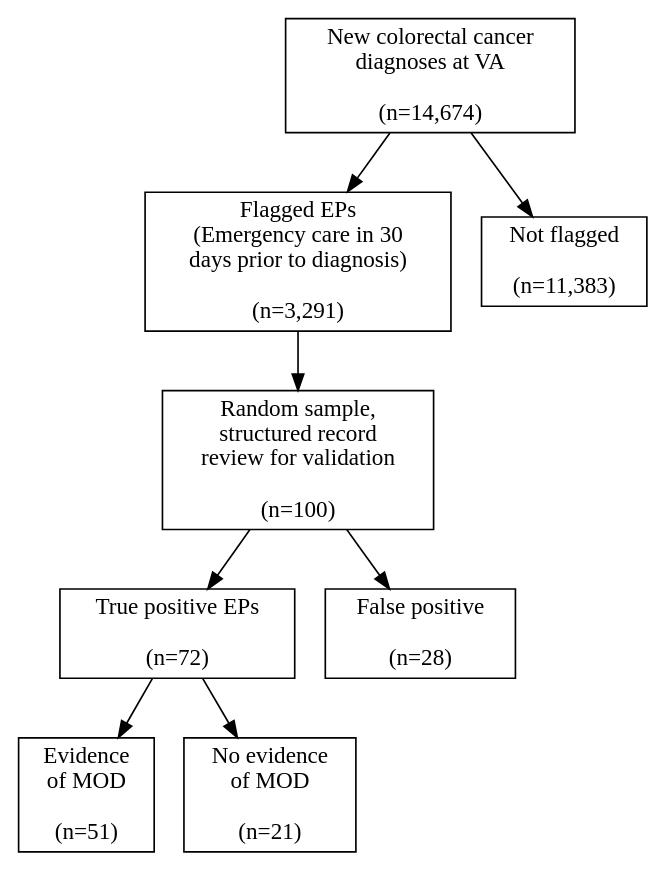
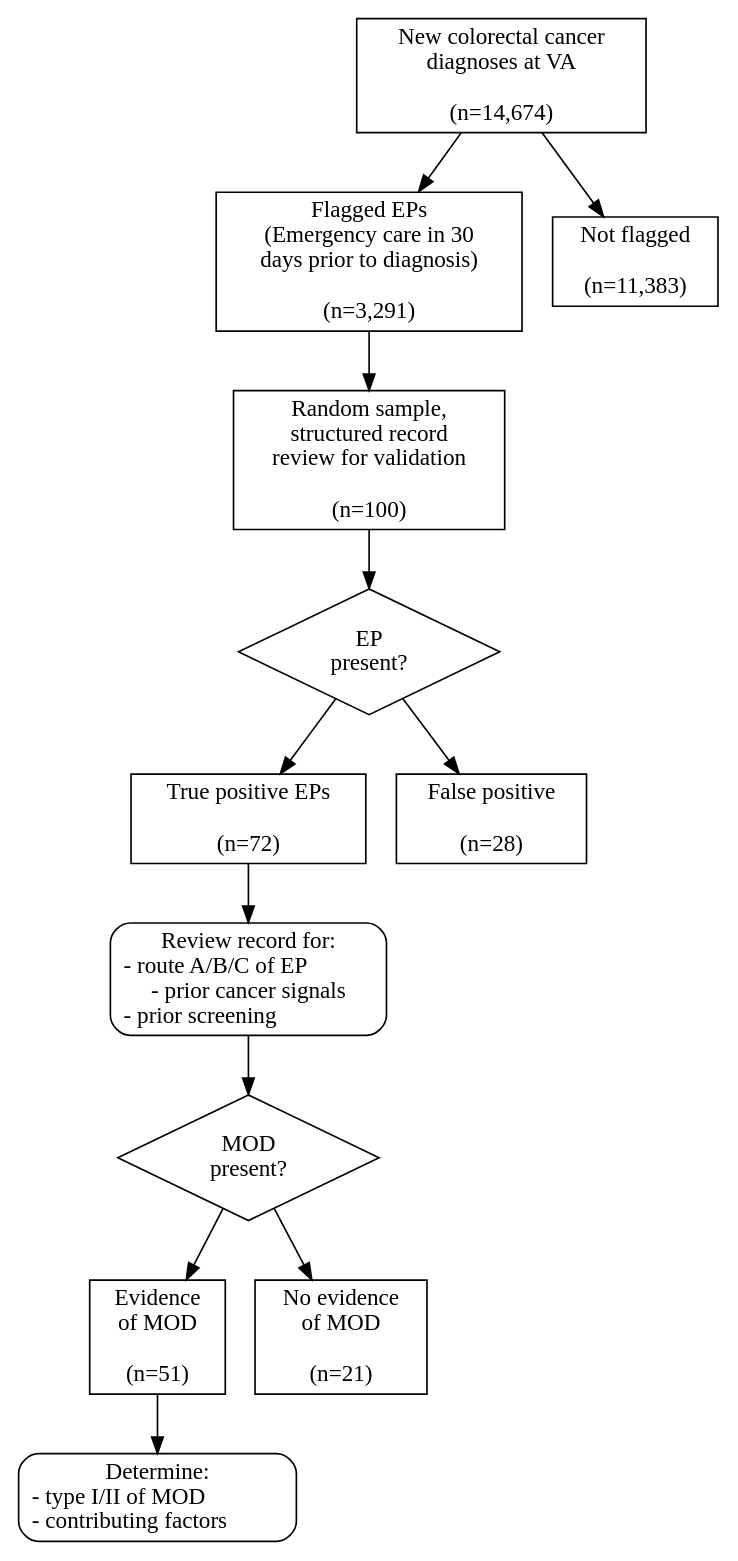
One commit to zimolzak/MooreMeasures changed the diagram in consort.dot. Above: the diagram before and after it, drawn with Graphviz.

Commit message:
Added rounded nodes. Roll back 1 if too busy.

```diff
--- a/consort.dot
+++ b/consort.dot
@@ -1,25 +1,38 @@
 digraph{
 
 cancer_dx[shape=rectangle, label="New colorectal cancer\ndiagnoses at VA\n\n(n=14,674)"]
 emerg[shape=rectangle, label="Flagged EPs\n(Emergency care in 30\ndays prior to diagnosis)\n\n(n=3,291)"]
 no_emerg[shape=rectangle, label="Not flagged\n\n(n=11,383)"]
 
 cancer_dx -> emerg
 cancer_dx -> no_emerg
 
 review_sample[shape=rectangle, label="Random sample,\nstructured record\nreview for validation\n\n(n=100)"]
 
-emerg -> review_sample
+ep_present[shape=diamond, label="EP\npresent?"]
+
+emerg -> review_sample -> ep_present
 
 ppv[shape=rectangle, label="True positive EPs\n\n(n=72)"]
 fp[shape=rectangle, label="False positive\n\n(n=28)"]
 
-review_sample -> ppv
-review_sample -> fp
+ep_present -> ppv
+ep_present -> fp
+
+determine_route[shape=rectangle, style=rounded, label="Review record for:\n- route A/B/C of EP\l- prior cancer signals\n- prior screening\l"]
+
+mod_present_yn[shape=diamond, label="MOD\npresent?"]
+
+ppv -> determine_route -> mod_present_yn
 
 yes_MOD[shape=rectangle, label="Evidence\nof MOD\n\n(n=51)"]
 no_MOD[shape=rectangle, label="No evidence\nof MOD\n\n(n=21)"]
 
-ppv -> yes_MOD
-ppv -> no_MOD
+mod_present_yn -> yes_MOD
+mod_present_yn -> no_MOD
+
+determine_type[shape=rectangle, style=rounded, label="Determine:\n- type I/II of MOD\l- contributing factors\l"]
+
+yes_MOD -> determine_type
+
 }
```
